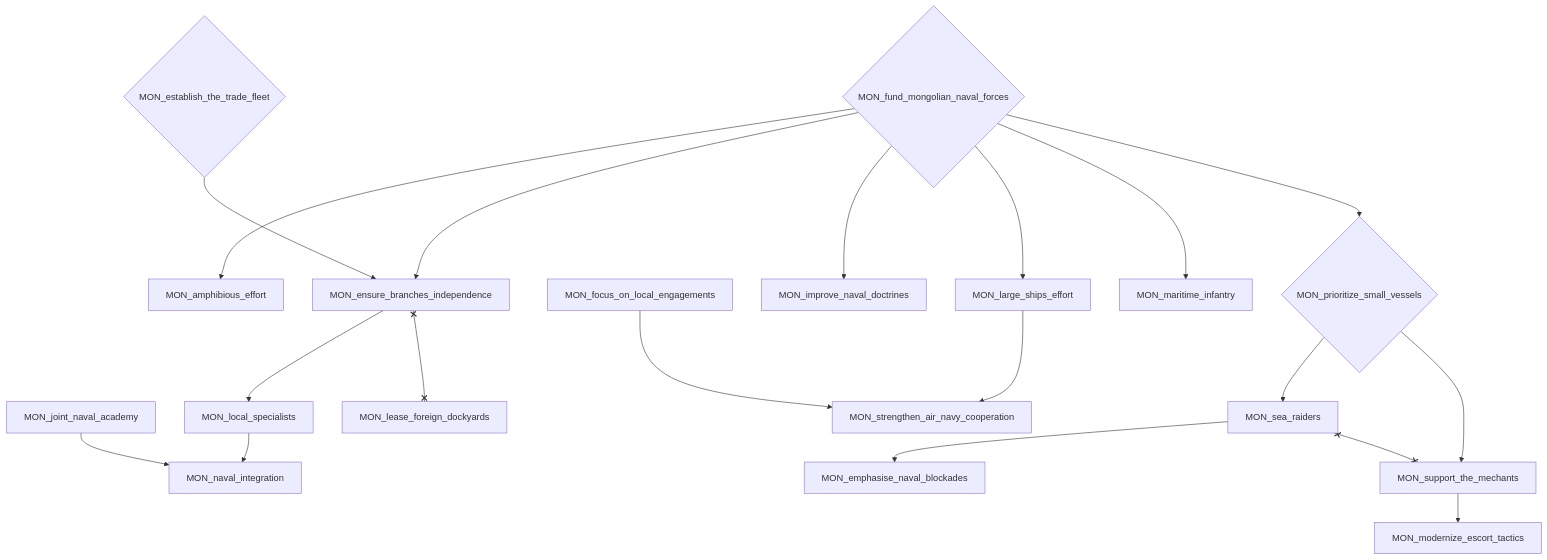
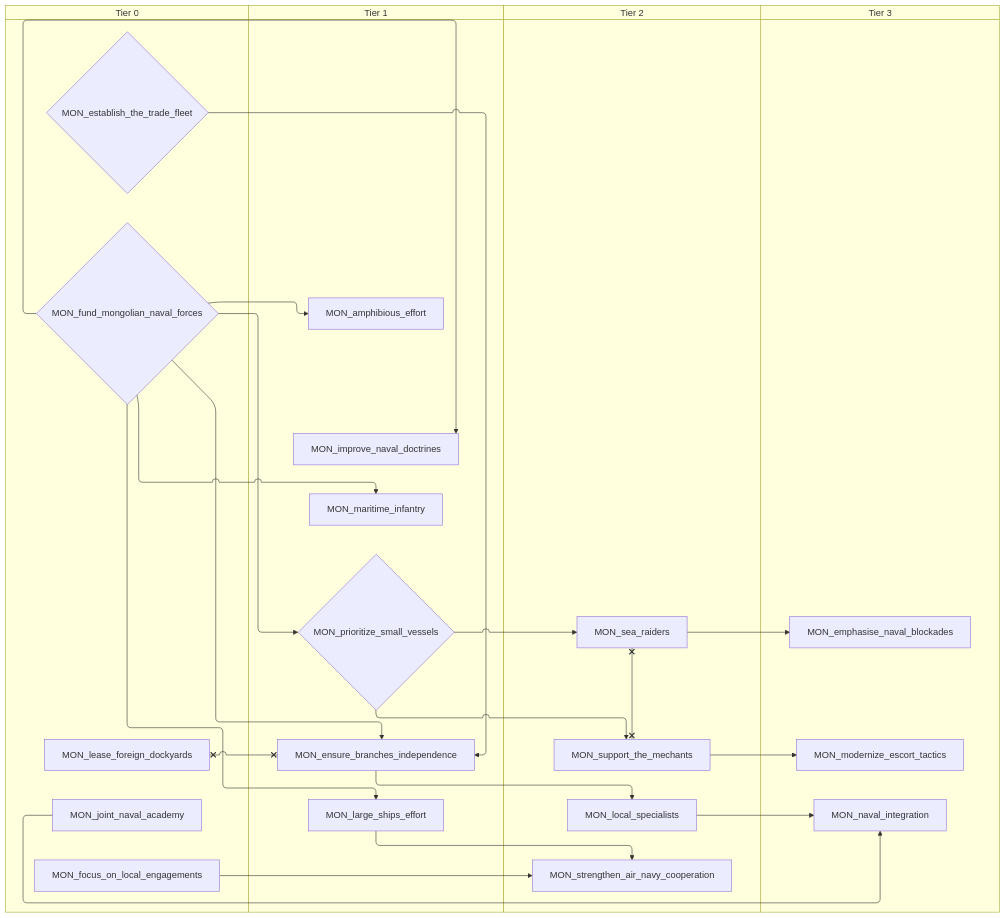
Before and after one commit to evgeny-sobol/hoi4-sandbox-mode-r56: the fifth of 10 diagrams in docs/gdd/National Focuses/r56/mongolia.md, drawn with Mermaid. The commit also changed other lines of this file and 423 other files, not shown here.

First line of the commit message:
Re-export Rt56 focus trees as swimlane diagrams

````diff
--- a/docs/gdd/National Focuses/r56/mongolia.md
+++ b/docs/gdd/National Focuses/r56/mongolia.md
@@ -315,39 +373,47 @@
 ```mermaid
-flowchart TD
-    n120["MON_amphibious_effort"]
-    n121["MON_emphasise_naval_blockades"]
-    n12["MON_ensure_branches_independence"]
-    n13{"MON_establish_the_trade_fleet"}
-    n4["MON_focus_on_local_engagements"]
-    n14{"MON_fund_mongolian_naval_forces"}
-    n122["MON_improve_naval_doctrines"]
-    n15["MON_joint_naval_academy"]
-    n8["MON_large_ships_effort"]
-    n16["MON_lease_foreign_dockyards"]
-    n17["MON_local_specialists"]
-    n123["MON_maritime_infantry"]
-    n124["MON_modernize_escort_tactics"]
-    n18["MON_naval_integration"]
-    n125{"MON_prioritize_small_vessels"}
-    n126["MON_sea_raiders"]
-    n10["MON_strengthen_air_navy_cooperation"]
-    n127["MON_support_the_mechants"]
-    n14 --> n120
-    n126 --> n121
-    n13 --> n12
-    n14 --> n12
-    n14 --> n122
-    n14 --> n8
-    n12 --> n17
-    n14 --> n123
-    n127 --> n124
-    n15 --> n18
+swimlane-beta TD
+    subgraph tier_0["Tier 0"]
+        n12{"MON_establish_the_trade_fleet"}
+        n6["MON_focus_on_local_engagements"]
+        n13{"MON_fund_mongolian_naval_forces"}
+        n16["MON_joint_naval_academy"]
+        n15["MON_lease_foreign_dockyards"]
+    end
+    subgraph tier_1["Tier 1"]
+        n120["MON_amphibious_effort"]
+        n14["MON_ensure_branches_independence"]
+        n121["MON_improve_naval_doctrines"]
+        n2["MON_large_ships_effort"]
+        n122["MON_maritime_infantry"]
+        n123{"MON_prioritize_small_vessels"}
+    end
+    subgraph tier_2["Tier 2"]
+        n17["MON_local_specialists"]
+        n124["MON_sea_raiders"]
+        n11["MON_strengthen_air_navy_cooperation"]
+        n125["MON_support_the_mechants"]
+    end
+    subgraph tier_3["Tier 3"]
+        n126["MON_emphasise_naval_blockades"]
+        n127["MON_modernize_escort_tactics"]
+        n18["MON_naval_integration"]
+    end
+    n13 --> n120
+    n124 --> n126
+    n12 --> n14
+    n13 --> n14
+    n13 --> n121
+    n13 --> n2
+    n14 --> n17
+    n13 --> n122
+    n125 --> n127
+    n16 --> n18
     n17 --> n18
-    n14 --> n125
-    n125 --> n126
-    n4 --> n10
-    n8 --> n10
-    n125 --> n127
-    n12 x--x n16
-    n126 x--x n127
+    n13 --> n123
+    n123 --> n124
+    n6 --> n11
+    n2 --> n11
+    n123 --> n125
+    n14 x--x n15
+    n124 x--x n125
 ```
````
